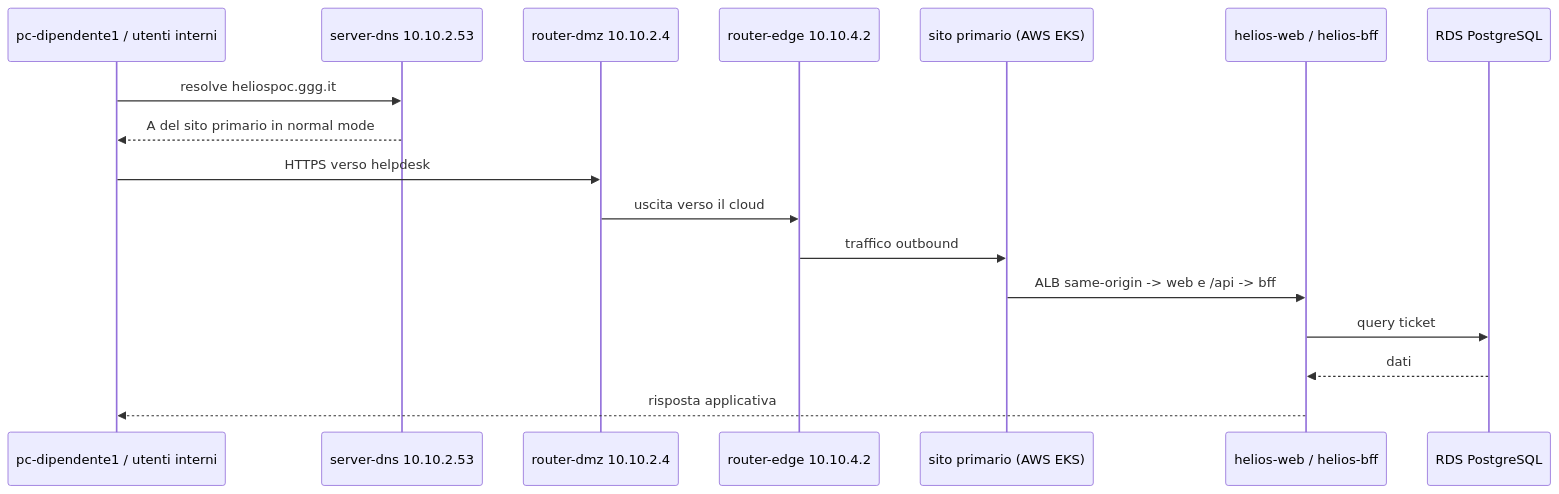
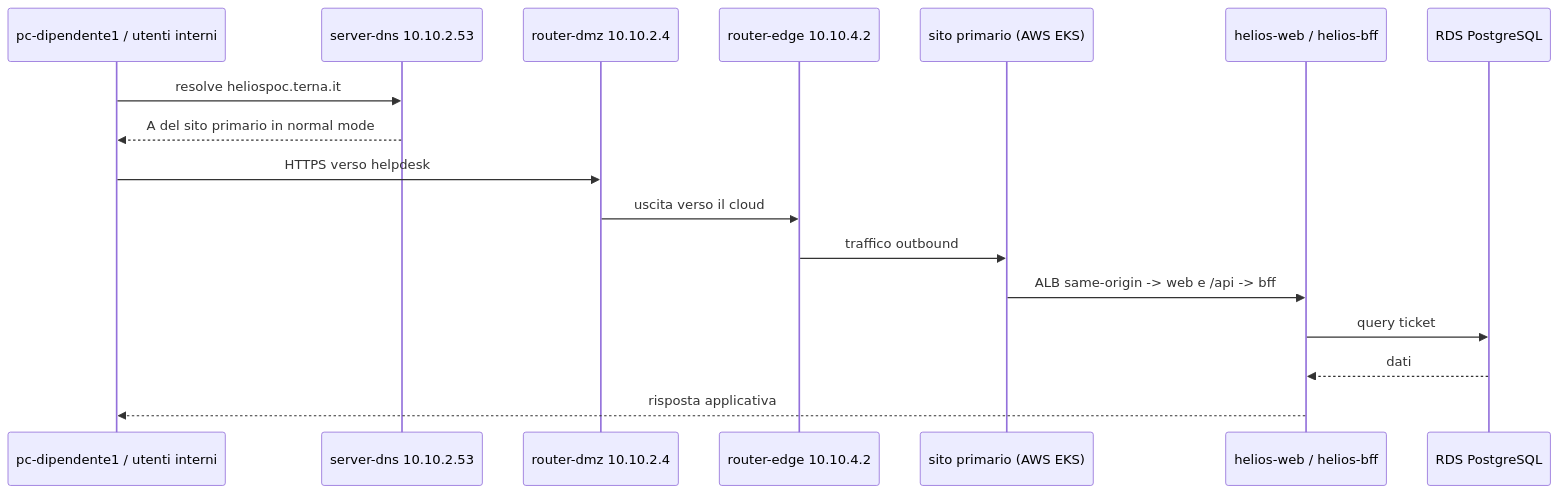
The third of 4 diagrams in automazione/topologia-progetto.md (LucaCatalano23/MultiCloud-strategy---Reverse-DR), drawn with Mermaid before and after one commit. The commit also changed other lines of this file and 24 other files, not shown here.

````diff
--- a/automazione/topologia-progetto.md
+++ b/automazione/topologia-progetto.md
@@ -142,20 +142,20 @@
 ```mermaid
 sequenceDiagram
   participant Client as pc-dipendente1 / utenti interni
   participant DNS as server-dns 10.10.2.53
   participant DMZ as router-dmz 10.10.2.4
   participant Edge as router-edge 10.10.4.2
   participant Cloud as sito primario (AWS EKS)
   participant App as helios-web / helios-bff
   participant DB as RDS PostgreSQL
 
-  Client->>DNS: resolve heliospoc.ggg.it
+  Client->>DNS: resolve heliospoc.terna.it
   DNS-->>Client: A del sito primario in normal mode
   Client->>DMZ: HTTPS verso helpdesk
   DMZ->>Edge: uscita verso il cloud
   Edge->>Cloud: traffico outbound
   Cloud->>App: ALB same-origin -> web e /api -> bff
   App->>DB: query ticket
   DB-->>App: dati
   App-->>Client: risposta applicativa
 ```
````
